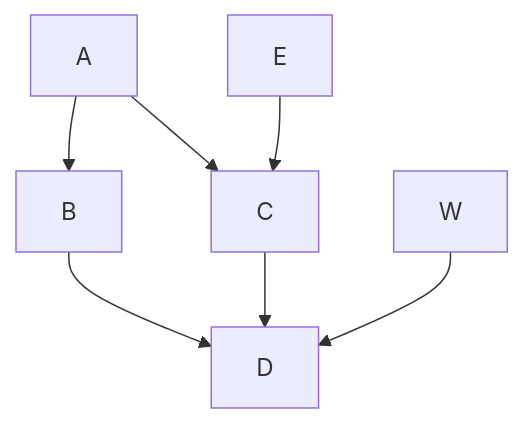
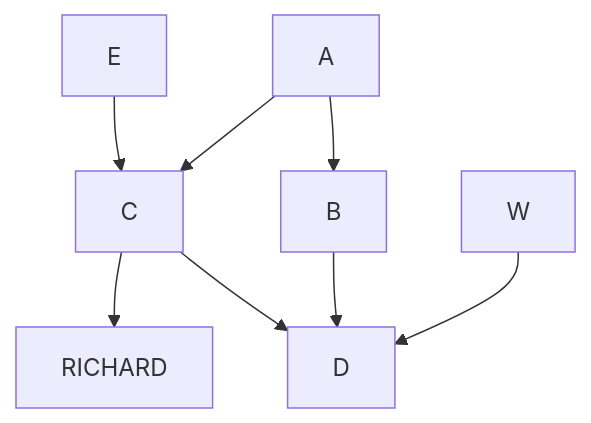
Before and after one commit to vdekercd/vdekercd: the diagram in mermaids/graph.mermaid, drawn with Mermaid.

```diff
--- a/mermaids/graph.mermaid
+++ b/mermaids/graph.mermaid
@@ -1,7 +1,8 @@
 graph TD;
     A-->B;
     A-->C;
     B-->D;
     C-->D;
     W-->D;
     E-->C;
+    C-->RICHARD;
```
